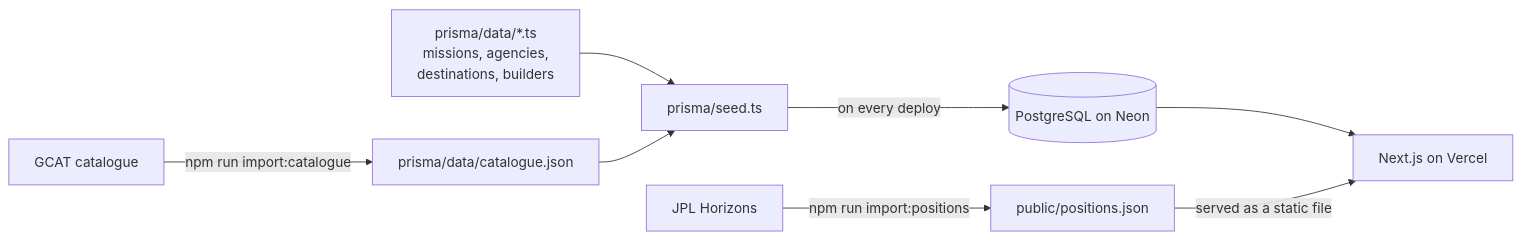
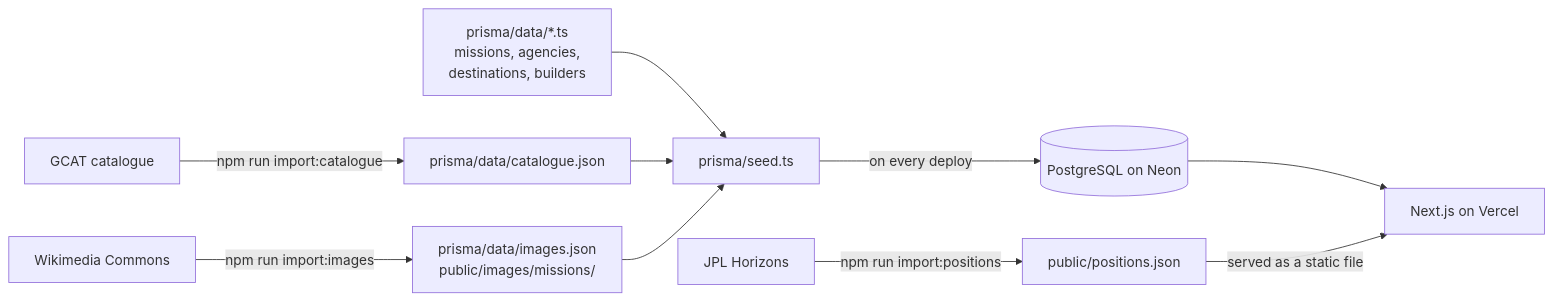
One commit to haygenwarren/mission-atlas changed the diagram in README.md. Above: the diagram before and after it, drawn with Mermaid. The commit also changed other lines of this file and 121 other files, not shown here.

First line of the commit message:
Mission pictures from Wikimedia Commons

````diff
--- a/README.md
+++ b/README.md
@@ -30,10 +31,12 @@
 ```mermaid
 flowchart LR
   F["prisma/data/*.ts<br/>missions, agencies,<br/>destinations, builders"] --> S["prisma/seed.ts"]
   G["GCAT catalogue"] -- "npm run import:catalogue" --> C["prisma/data/catalogue.json"]
   C --> S
+  M["Wikimedia Commons"] -- "npm run import:images" --> I["prisma/data/images.json<br/>public/images/missions/"]
+  I --> S
   S -- "on every deploy" --> D[("PostgreSQL on Neon")]
   D --> W["Next.js on Vercel"]
   H["JPL Horizons"] -- "npm run import:positions" --> P["public/positions.json"]
   P -- "served as a static file" --> W
 ```
````
